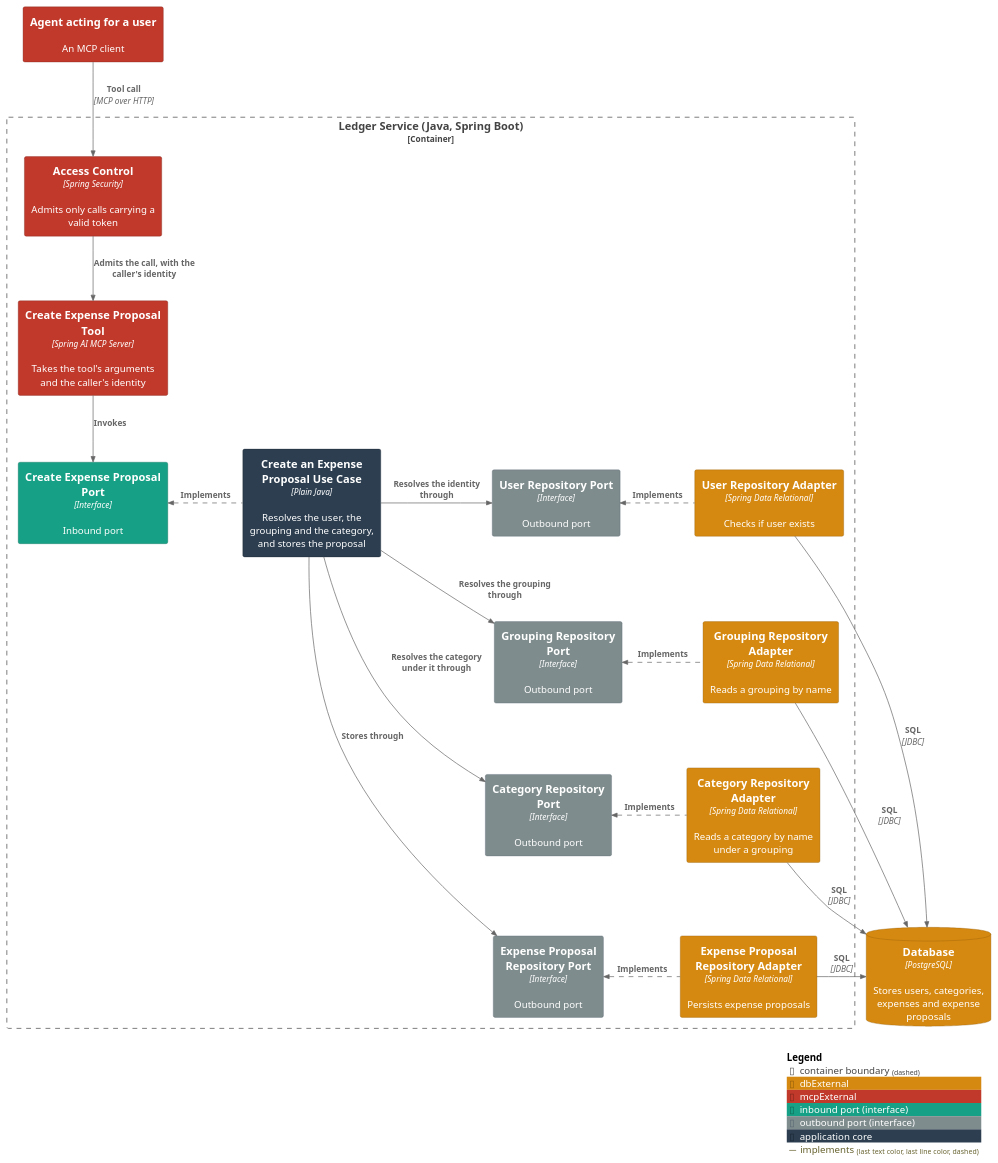
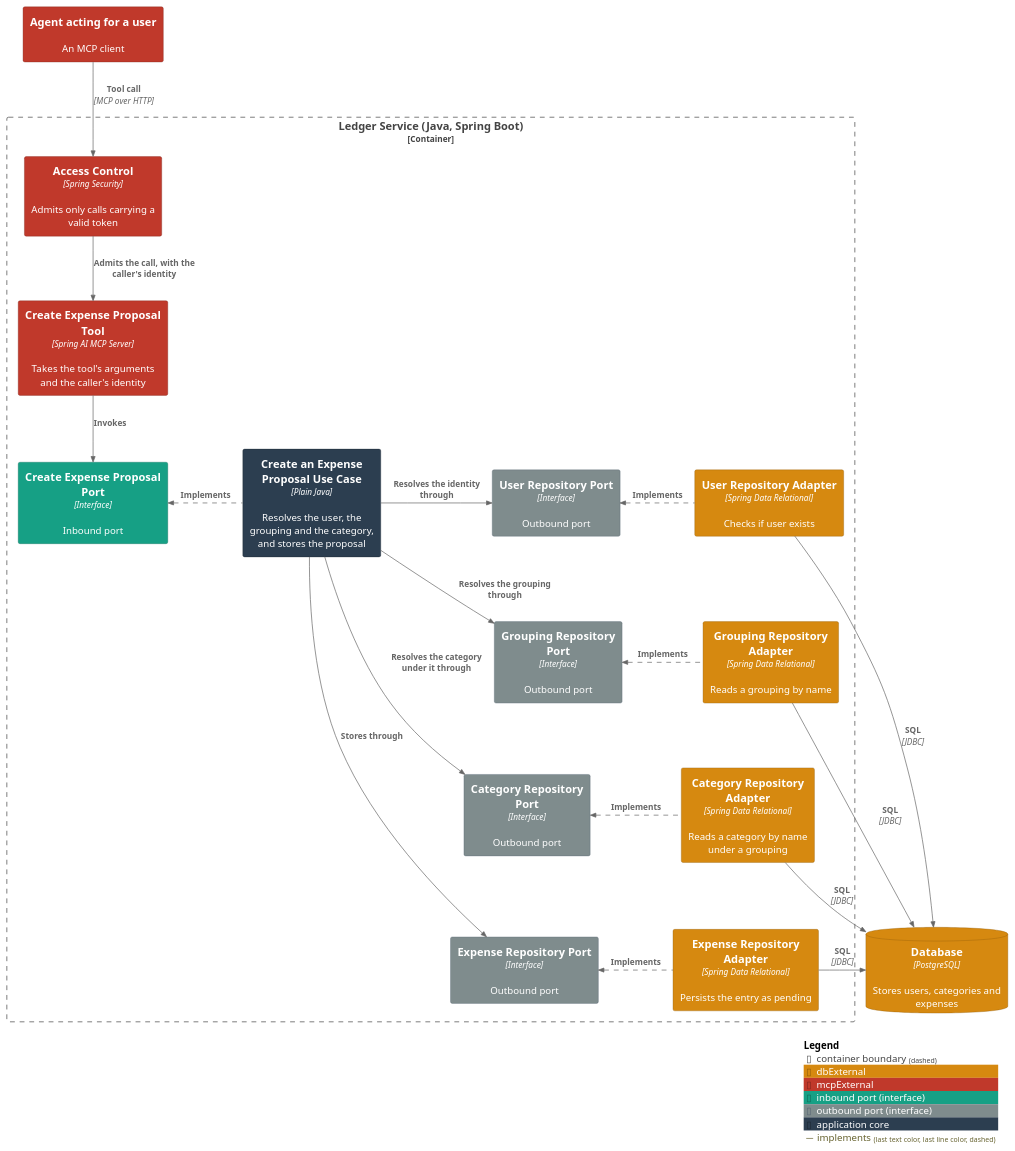
One commit to ds-usova/finance-bot changed the first of 2 diagrams in ledger-service/docs/usecases/create-an-expense-proposal.md. Above: the diagram before and after it, drawn with PlantUML. The commit also changed other lines of this file and 27 other files, not shown here.

````diff
--- a/ledger-service/docs/usecases/create-an-expense-proposal.md
+++ b/ledger-service/docs/usecases/create-an-expense-proposal.md
@@ -31,53 +37,53 @@
 ```plantuml
 @startuml C3-Component-CreateExpenseProposal
 !include <C4/C4_Component>
 
 AddElementTag("dbExternal", $bgColor="#d68910", $fontColor="#ffffff", $borderColor="#8f5c0a")
 AddElementTag("mcpExternal", $bgColor="#c0392b", $fontColor="#ffffff", $borderColor="#7b241c")
 AddElementTag("portIn", $bgColor="#16a085", $fontColor="#ffffff", $borderColor="#0e6655", $legendText="inbound port (interface)")
 AddElementTag("portOut", $bgColor="#7f8c8d", $fontColor="#ffffff", $borderColor="#566573", $legendText="outbound port (interface)")
 AddElementTag("core", $bgColor="#2c3e50", $fontColor="#ffffff", $borderColor="#1b2631", $legendText="application core")
 AddRelTag("implements", $lineStyle="dashed")
 
 System_Ext(agent, "Agent acting for a user", "An MCP client", $tags="mcpExternal")
-ContainerDb(db, "Database", "PostgreSQL", "Stores users, categories, expenses and expense proposals", $tags="dbExternal")
+ContainerDb(db, "Database", "PostgreSQL", "Stores users, categories and expenses", $tags="dbExternal")
 
 Container_Boundary(ledger, "Ledger Service (Java, Spring Boot)") {
   Component(accessControl, "Access Control", "Spring Security", "Admits only calls carrying a valid token", $tags="mcpExternal")
   Component(mcpTool, "Create Expense Proposal Tool", "Spring AI MCP Server", "Takes the tool's arguments and the caller's identity", $tags="mcpExternal")
   Component(createProposalPort, "Create Expense Proposal Port", "Interface", "Inbound port", $tags="portIn")
   Component(createProposalService, "Create an Expense Proposal Use Case", "Plain Java", "Resolves the user, the grouping and the category, and stores the proposal", $tags="core")
   Component(userRepositoryPort, "User Repository Port", "Interface", "Outbound port", $tags="portOut")
   Component(groupingRepositoryPort, "Grouping Repository Port", "Interface", "Outbound port", $tags="portOut")
   Component(categoryRepositoryPort, "Category Repository Port", "Interface", "Outbound port", $tags="portOut")
-  Component(proposalRepositoryPort, "Expense Proposal Repository Port", "Interface", "Outbound port", $tags="portOut")
+  Component(expenseRepositoryPort, "Expense Repository Port", "Interface", "Outbound port", $tags="portOut")
   Component(userRepositoryAdapter, "User Repository Adapter", "Spring Data Relational", "Checks if user exists", $tags="dbExternal")
   Component(groupingRepositoryAdapter, "Grouping Repository Adapter", "Spring Data Relational", "Reads a grouping by name", $tags="dbExternal")
   Component(categoryRepositoryAdapter, "Category Repository Adapter", "Spring Data Relational", "Reads a category by name under a grouping", $tags="dbExternal")
-  Component(proposalRepositoryAdapter, "Expense Proposal Repository Adapter", "Spring Data Relational", "Persists expense proposals", $tags="dbExternal")
+  Component(expenseRepositoryAdapter, "Expense Repository Adapter", "Spring Data Relational", "Persists the entry as pending", $tags="dbExternal")
 }
 
 Rel(agent, accessControl, "Tool call", "MCP over HTTP")
 Rel_D(accessControl, mcpTool, "Admits the call, with the caller's identity")
 Rel_D(mcpTool, createProposalPort, "Invokes")
 Rel_L(createProposalService, createProposalPort, "Implements", $tags="implements")
 Rel_R(createProposalService, userRepositoryPort, "Resolves the identity through")
 Rel_R(createProposalService, groupingRepositoryPort, "Resolves the grouping through")
 Rel_R(createProposalService, categoryRepositoryPort, "Resolves the category under it through")
-Rel_R(createProposalService, proposalRepositoryPort, "Stores through")
+Rel_R(createProposalService, expenseRepositoryPort, "Stores through")
 Rel_L(userRepositoryAdapter, userRepositoryPort, "Implements", $tags="implements")
 Rel_L(groupingRepositoryAdapter, groupingRepositoryPort, "Implements", $tags="implements")
 Rel_L(categoryRepositoryAdapter, categoryRepositoryPort, "Implements", $tags="implements")
-Rel_L(proposalRepositoryAdapter, proposalRepositoryPort, "Implements", $tags="implements")
+Rel_L(expenseRepositoryAdapter, expenseRepositoryPort, "Implements", $tags="implements")
 Rel_R(userRepositoryAdapter, db, "SQL", "JDBC")
 Rel_R(groupingRepositoryAdapter, db, "SQL", "JDBC")
 Rel_R(categoryRepositoryAdapter, db, "SQL", "JDBC")
-Rel_R(proposalRepositoryAdapter, db, "SQL", "JDBC")
+Rel_R(expenseRepositoryAdapter, db, "SQL", "JDBC")
 
 Lay_D(userRepositoryPort, groupingRepositoryPort)
 Lay_D(groupingRepositoryPort, categoryRepositoryPort)
-Lay_D(categoryRepositoryPort, proposalRepositoryPort)
+Lay_D(categoryRepositoryPort, expenseRepositoryPort)
 
 SHOW_LEGEND()
 @enduml
 ```
````
